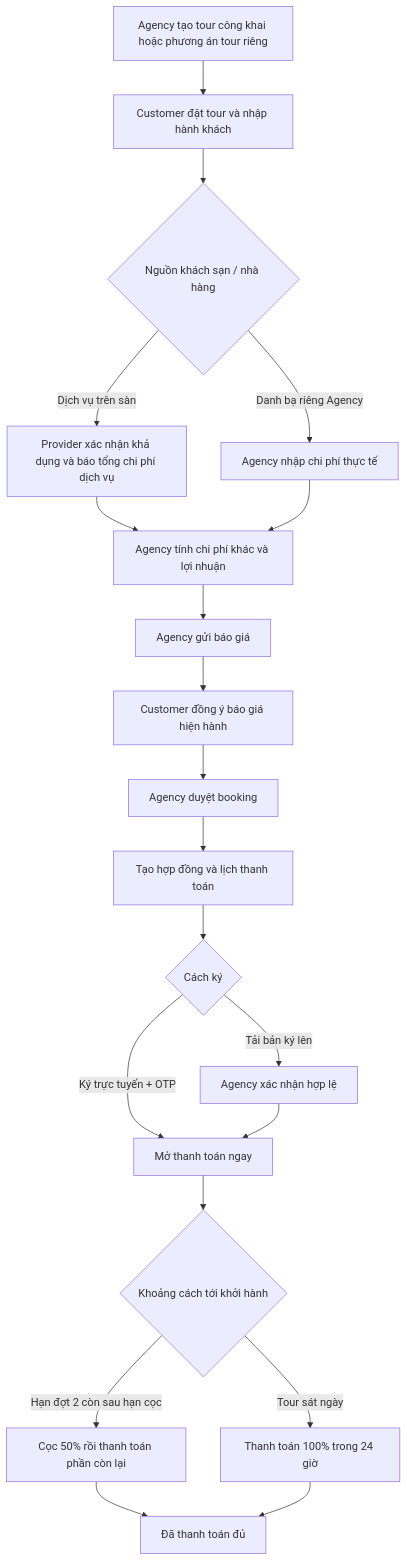
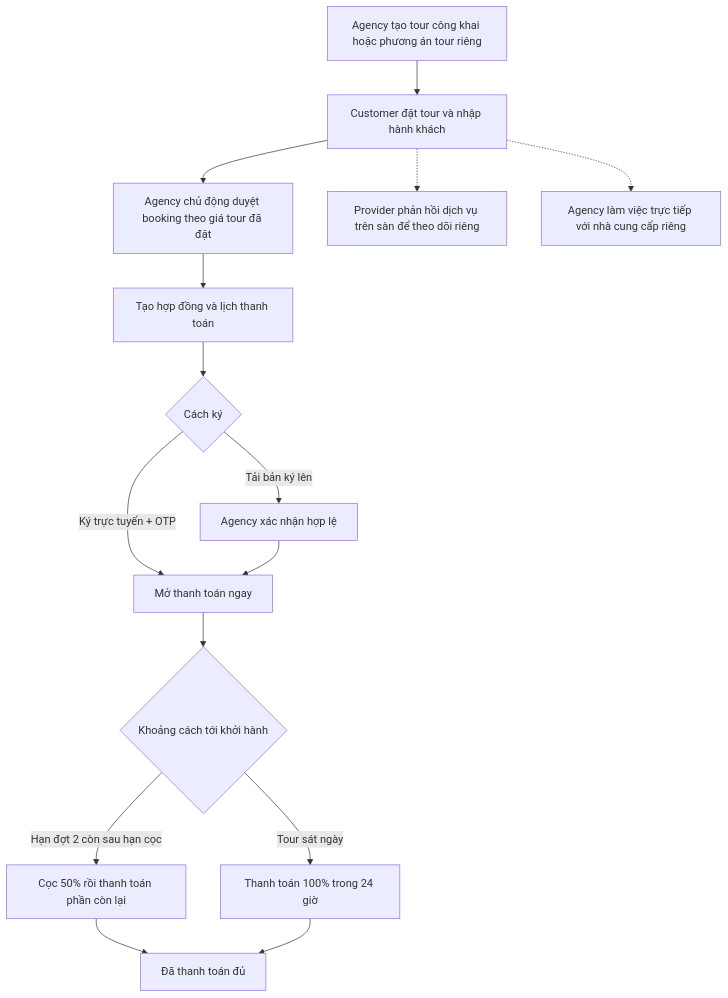
Before and after one commit to fallforsal/TripOps: the diagram in docs/DEMO-TOUR-BOOKING-CONTRACT-PAYMENT.md, drawn with Mermaid. The commit also changed other lines of this file and 66 other files, not shown here.

````diff
--- a/docs/DEMO-TOUR-BOOKING-CONTRACT-PAYMENT.md
+++ b/docs/DEMO-TOUR-BOOKING-CONTRACT-PAYMENT.md
@@ -29,22 +29,17 @@
 ```mermaid
 flowchart TD
     A[Agency tạo tour công khai hoặc phương án tour riêng] --> B[Customer đặt tour và nhập hành khách]
-    B --> C{Nguồn khách sạn / nhà hàng}
-    C -->|Dịch vụ trên sàn| D[Provider xác nhận khả dụng và báo tổng chi phí dịch vụ]
-    C -->|Danh bạ riêng Agency| E[Agency nhập chi phí thực tế]
-    D --> F[Agency tính chi phí khác và lợi nhuận]
-    E --> F
-    F --> G[Agency gửi báo giá]
-    G --> H[Customer đồng ý báo giá hiện hành]
-    H --> I[Agency duyệt booking]
+    B --> I[Agency chủ động duyệt booking theo giá tour đã đặt]
+    B -.-> D[Provider phản hồi dịch vụ trên sàn để theo dõi riêng]
+    B -.-> E[Agency làm việc trực tiếp với nhà cung cấp riêng]
     I --> J[Tạo hợp đồng và lịch thanh toán]
     J --> K{Cách ký}
     K -->|Ký trực tuyến + OTP| L[Mở thanh toán ngay]
     K -->|Tải bản ký lên| M[Agency xác nhận hợp lệ]
     M --> L
     L --> N{Khoảng cách tới khởi hành}
     N -->|Hạn đợt 2 còn sau hạn cọc| O[Cọc 50% rồi thanh toán phần còn lại]
     N -->|Tour sát ngày| P[Thanh toán 100% trong 24 giờ]
     O --> Q[Đã thanh toán đủ]
     P --> Q
 ```
````
